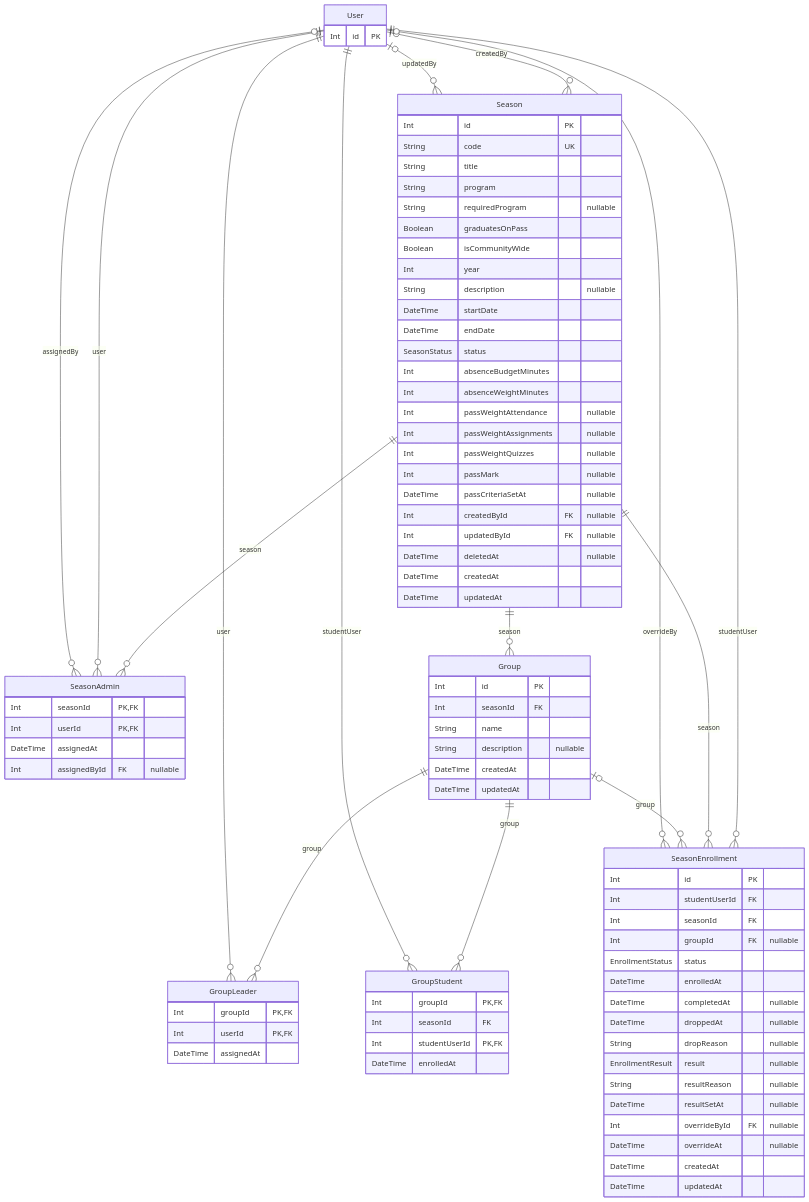
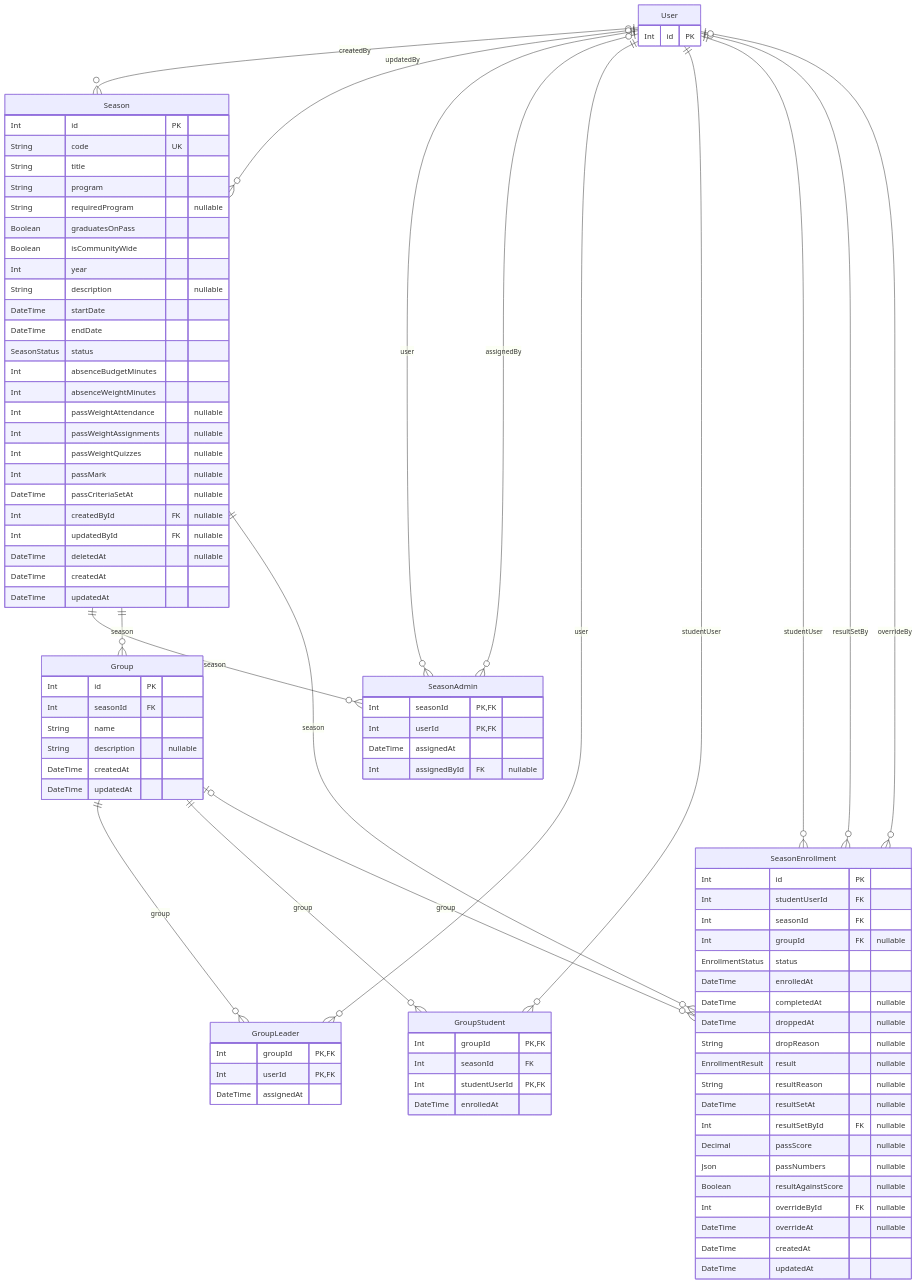
One commit to MarkBotros0/space-v2 changed the second of 7 diagrams in docs/database/erd.md. Above: the diagram before and after it, drawn with Mermaid. The commit also changed 43 other files, not shown here.

First line of the commit message:
feat(seasons): End pre-selects by the weighted score and stores it; the season admin corrects results

```diff
--- a/docs/database/erd.md
+++ b/docs/database/erd.md
@@ -129,6 +129,7 @@
   User ||--o{ SeasonEnrollment : "studentUser"
   Season ||--o{ SeasonEnrollment : "season"
   Group |o--o{ SeasonEnrollment : "group"
+  User |o--o{ SeasonEnrollment : "resultSetBy"
   User |o--o{ SeasonEnrollment : "overrideBy"
   Season {
     Int id PK
@@ -194,6 +195,10 @@
     EnrollmentResult result "nullable"
     String resultReason "nullable"
     DateTime resultSetAt "nullable"
+    Int resultSetById FK "nullable"
+    Decimal passScore "nullable"
+    Json passNumbers "nullable"
+    Boolean resultAgainstScore "nullable"
     Int overrideById FK "nullable"
     DateTime overrideAt "nullable"
     DateTime createdAt
```
